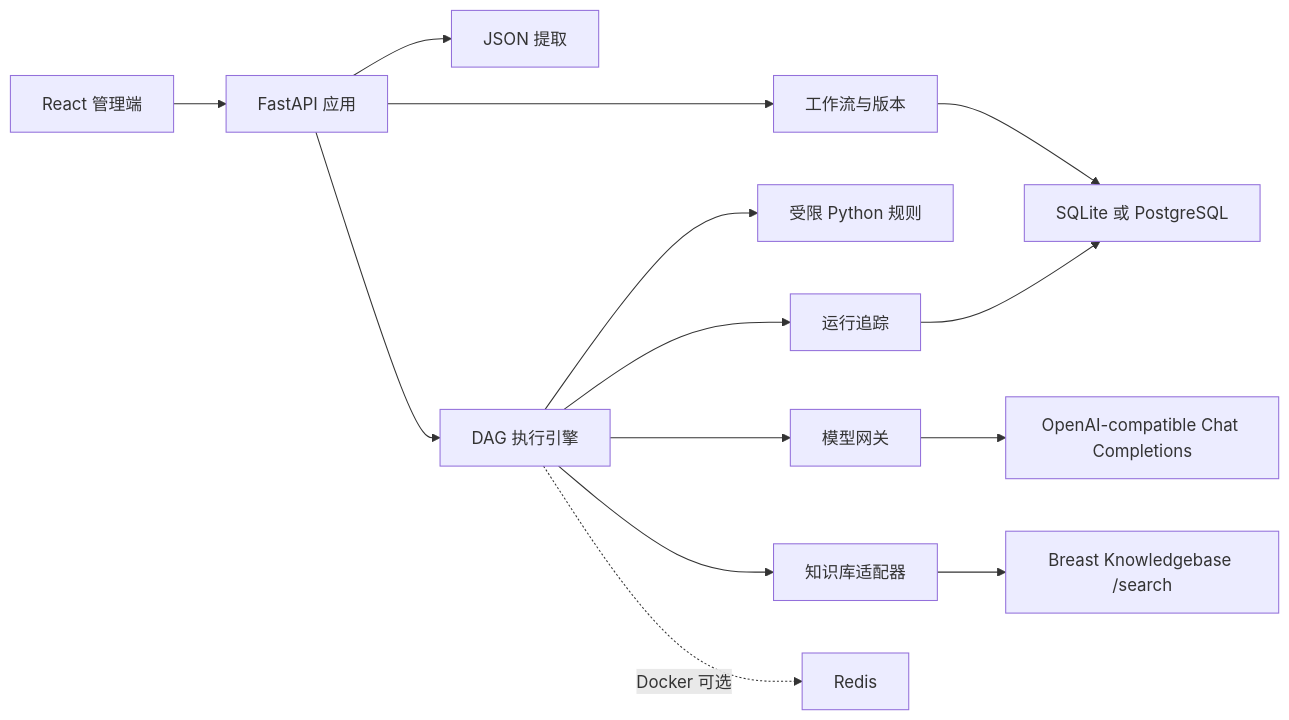
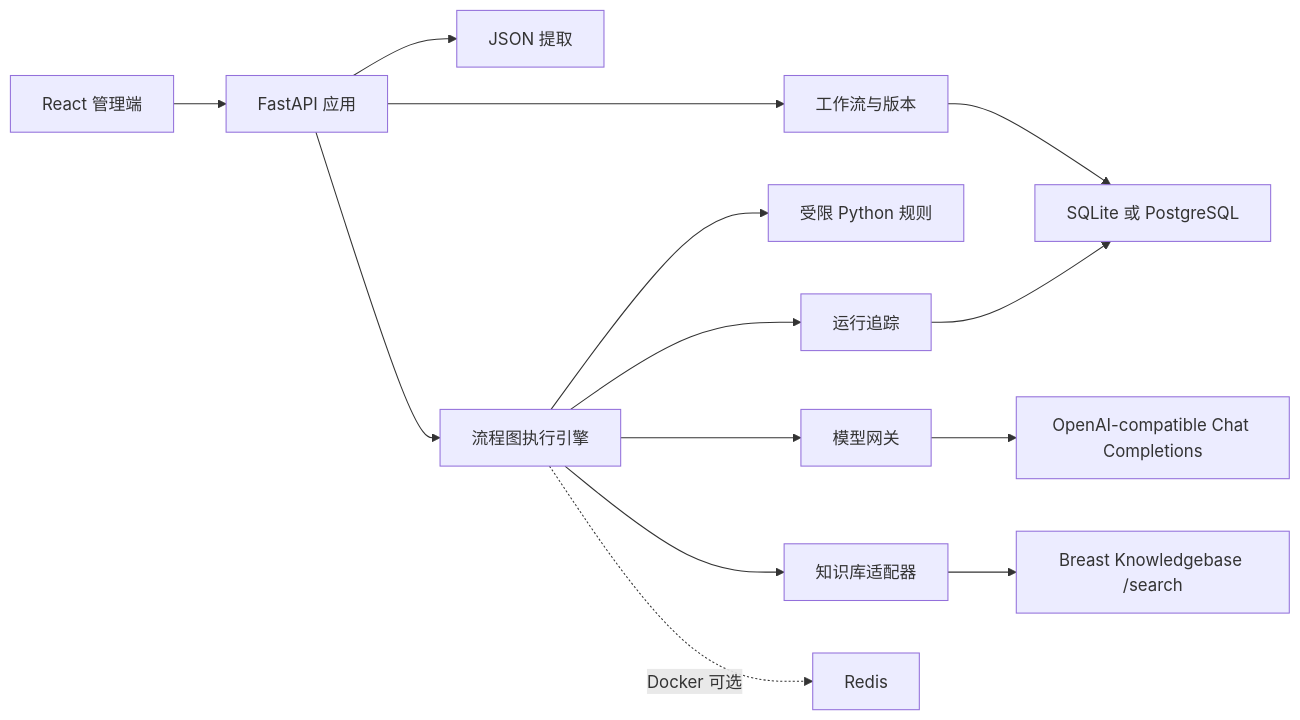
The diagram in docs/superpowers/specs/2026-08-17-breast-cancer-decision-agent-platform-design.md (kyunull/breast_agent_platform), drawn with Mermaid before and after one commit. The commit also changed other lines of this file, not shown here.

````diff
--- a/docs/superpowers/specs/2026-08-17-breast-cancer-decision-agent-platform-design.md
+++ b/docs/superpowers/specs/2026-08-17-breast-cancer-decision-agent-platform-design.md
@@ -37,16 +53,16 @@
 ```mermaid
 flowchart LR
     UI["React 管理端"] --> API["FastAPI 应用"]
     API --> WF["工作流与版本"]
     API --> EX["JSON 提取"]
-    API --> RUN["DAG 执行引擎"]
+    API --> RUN["流程图执行引擎"]
     RUN --> PY["受限 Python 规则"]
     RUN --> LLM["模型网关"]
     RUN --> KB["知识库适配器"]
     RUN --> TRACE["运行追踪"]
     LLM --> OAI["OpenAI-compatible Chat Completions"]
     KB --> BKB["Breast Knowledgebase /search"]
     WF --> DB["SQLite 或 PostgreSQL"]
     TRACE --> DB
     RUN -. "Docker 可选" .-> REDIS["Redis"]
 ```
````
